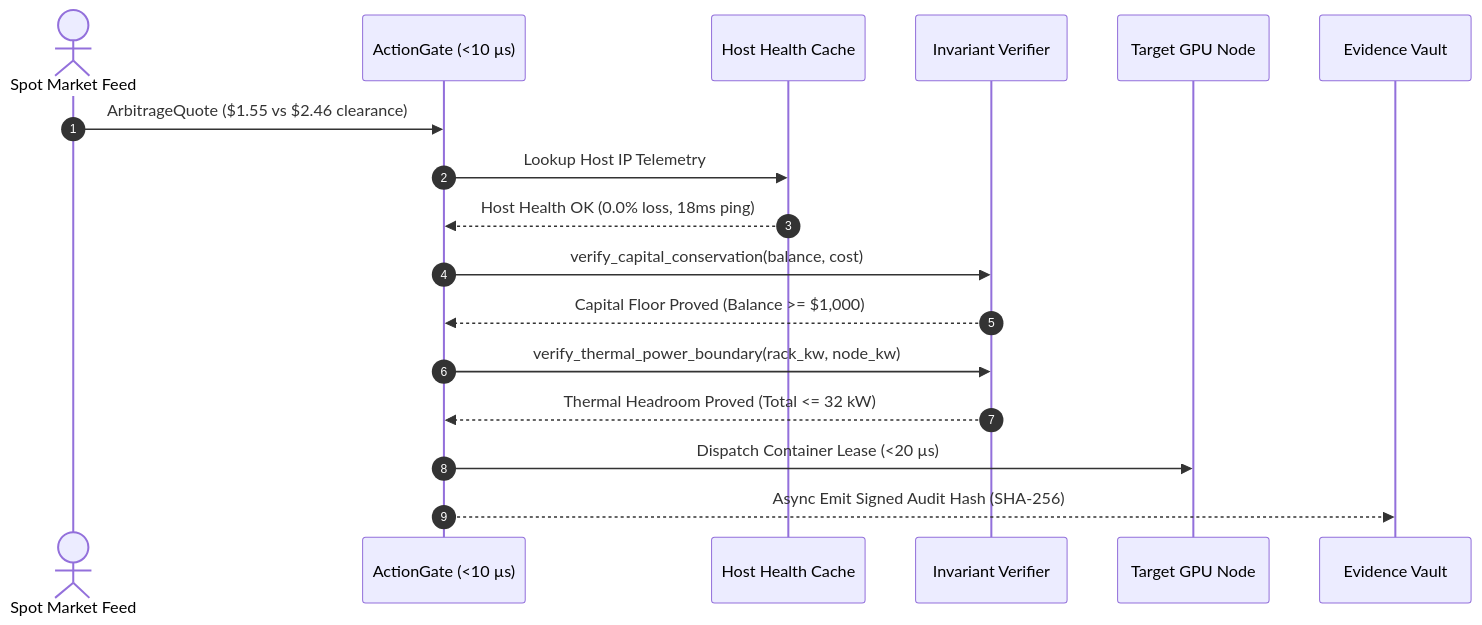
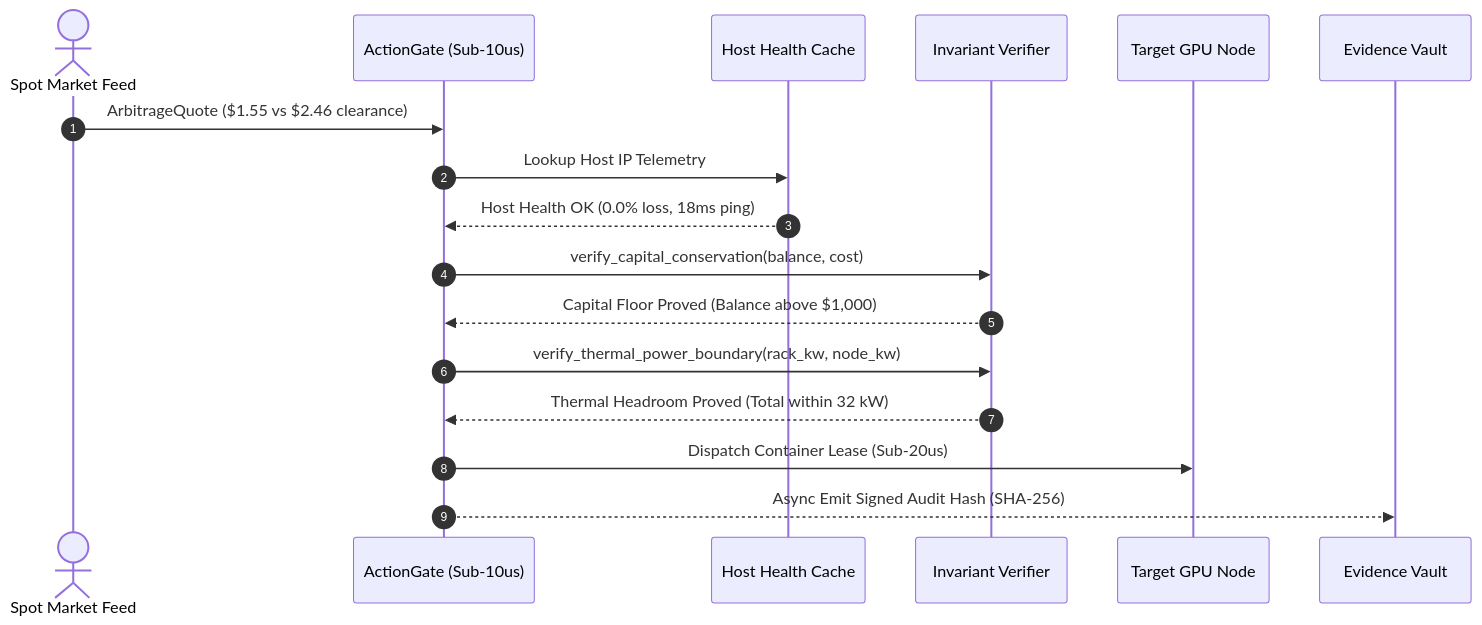
The first of 3 diagrams in docs/wiki/diagrams/sequences.md (AAH20/apex-compute-energy-futures), drawn with Mermaid before and after one commit. The commit also changed other lines of this file and 4 other files, not shown here.

Commit message:
fix(diagrams): sanitize mermaid syntax for 100% github native rendering

````diff
--- a/docs/wiki/diagrams/sequences.md
+++ b/docs/wiki/diagrams/sequences.md
@@ -9,20 +9,20 @@
 ```mermaid
 sequenceDiagram
     autonumber
     actor SpotBook as Spot Market Feed
-    participant Gate as ActionGate (<10 µs)
+    participant Gate as ActionGate (Sub-10us)
     participant Cache as Host Health Cache
     participant Invariant as Invariant Verifier
     participant Node as Target GPU Node
     participant Vault as Evidence Vault
 
     SpotBook->>Gate: ArbitrageQuote ($1.55 vs $2.46 clearance)
     Gate->>Cache: Lookup Host IP Telemetry
     Cache-->>Gate: Host Health OK (0.0% loss, 18ms ping)
     Gate->>Invariant: verify_capital_conservation(balance, cost)
-    Invariant-->>Gate: Capital Floor Proved (Balance >= $1,000)
+    Invariant-->>Gate: Capital Floor Proved (Balance above $1,000)
     Gate->>Invariant: verify_thermal_power_boundary(rack_kw, node_kw)
-    Invariant-->>Gate: Thermal Headroom Proved (Total <= 32 kW)
-    Gate->>Node: Dispatch Container Lease (<20 µs)
+    Invariant-->>Gate: Thermal Headroom Proved (Total within 32 kW)
+    Gate->>Node: Dispatch Container Lease (Sub-20us)
     Gate-->>Vault: Async Emit Signed Audit Hash (SHA-256)
 ```
````
